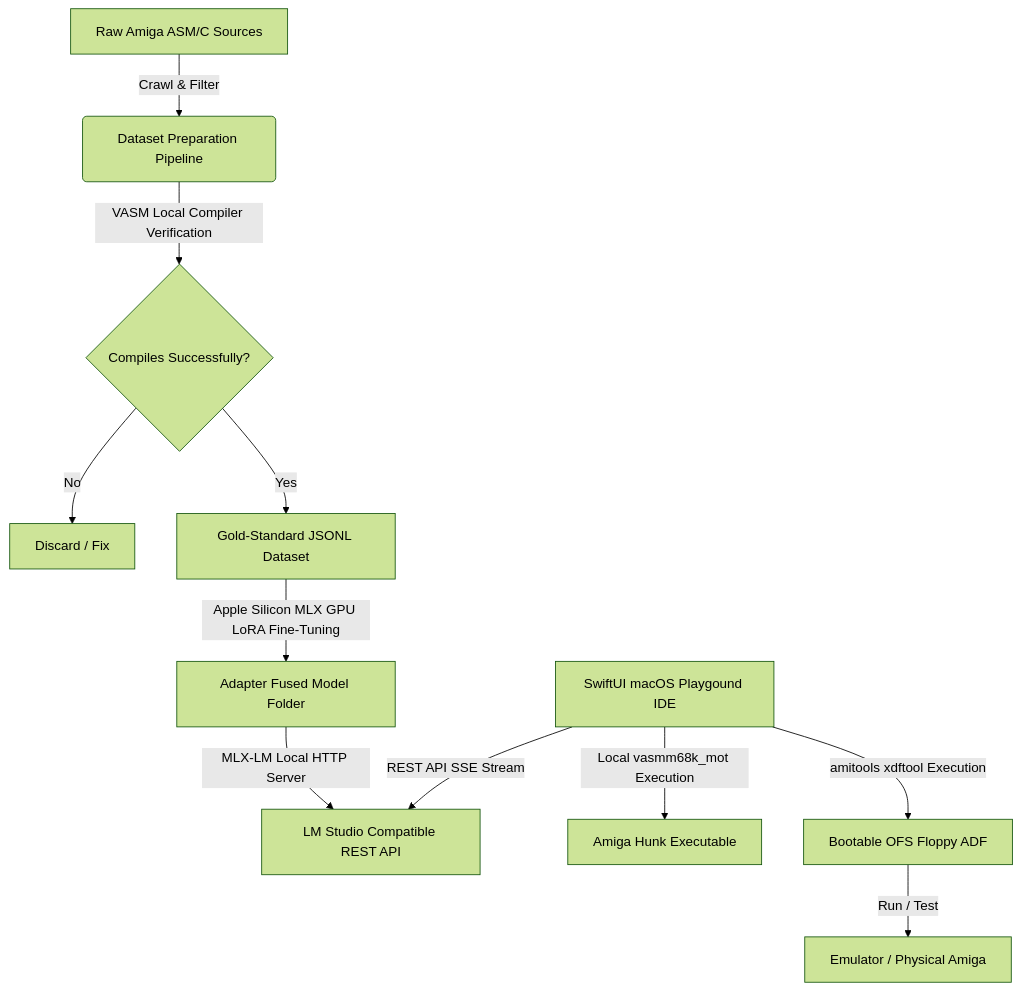
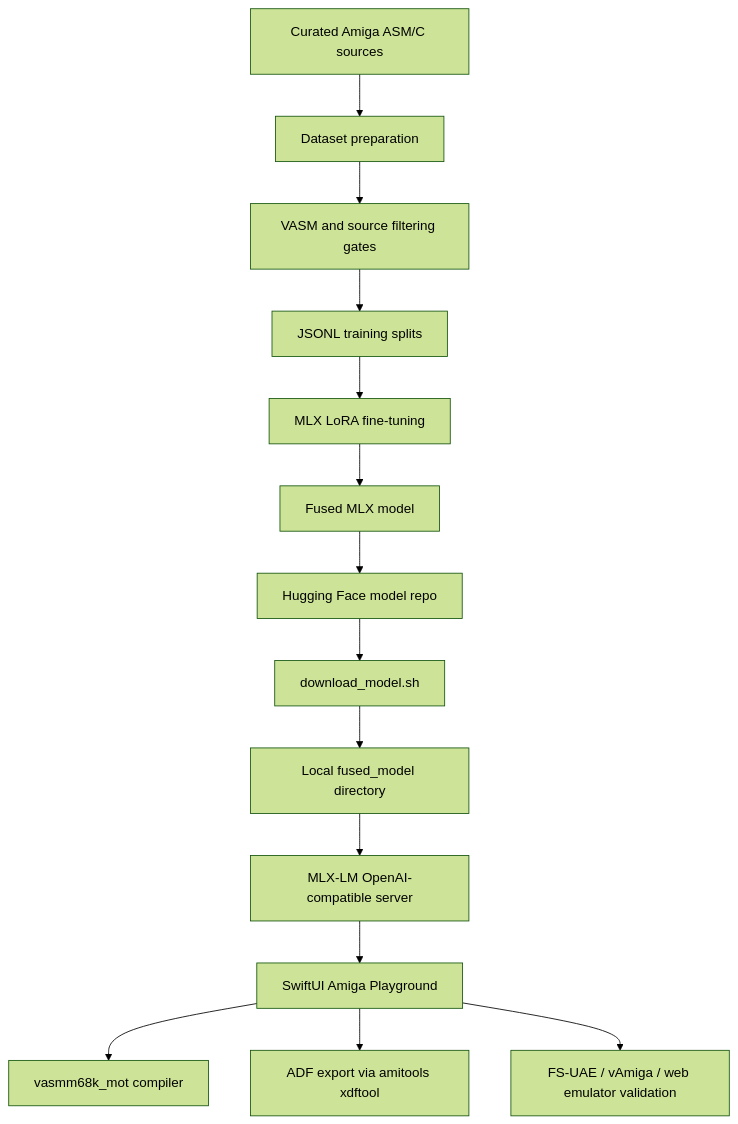
The diagram in Amiga/aMiLa/README.md (GINNOV/littlethings), drawn with Mermaid (forest theme) before and after one commit. The commit also changed other lines of this file and 40 other files, not shown here.

Commit message:
feat: broaden Amiga ASM reliability gates

````diff
--- a/Amiga/aMiLa/README.md
+++ b/Amiga/aMiLa/README.md
@@ -57,14 +93,16 @@
 ```mermaid
 graph TD
-    A[Raw Amiga ASM/C Sources] -->|Crawl & Filter| B(Dataset Preparation Pipeline)
-    B -->|VASM Local Compiler Verification| C{Compiles Successfully?}
-    C -->|No| D[Discard / Fix]
-    C -->|Yes| E[Gold-Standard JSONL Dataset]
-    E -->|Apple Silicon MLX GPU LoRA Fine-Tuning| F[Adapter Fused Model Folder]
-    F -->|MLX-LM Local HTTP Server| G[LM Studio Compatible REST API]
-    
-    H[SwiftUI macOS Playgound IDE] -->|REST API SSE Stream| G
-    H -->|Local vasmm68k_mot Execution| I[Amiga Hunk Executable]
-    H -->|amitools xdftool Execution| J[Bootable OFS Floppy ADF]
-    J -->|Run / Test| K[Emulator / Physical Amiga]
+    A[Curated Amiga ASM/C sources] --> B[Dataset preparation]
+    B --> C[VASM and source filtering gates]
+    C --> D[JSONL training splits]
+    D --> E[MLX LoRA fine-tuning]
+    E --> F[Fused MLX model]
+    F --> G[Hugging Face model repo]
+    G --> H[download_model.sh]
+    H --> I[Local fused_model directory]
+    I --> J[MLX-LM OpenAI-compatible server]
+    J --> K[SwiftUI Amiga Playground]
+    K --> L[vasmm68k_mot compiler]
+    K --> M[ADF export via amitools xdftool]
+    K --> N[FS-UAE / vAmiga / web emulator validation]
 ```
````
